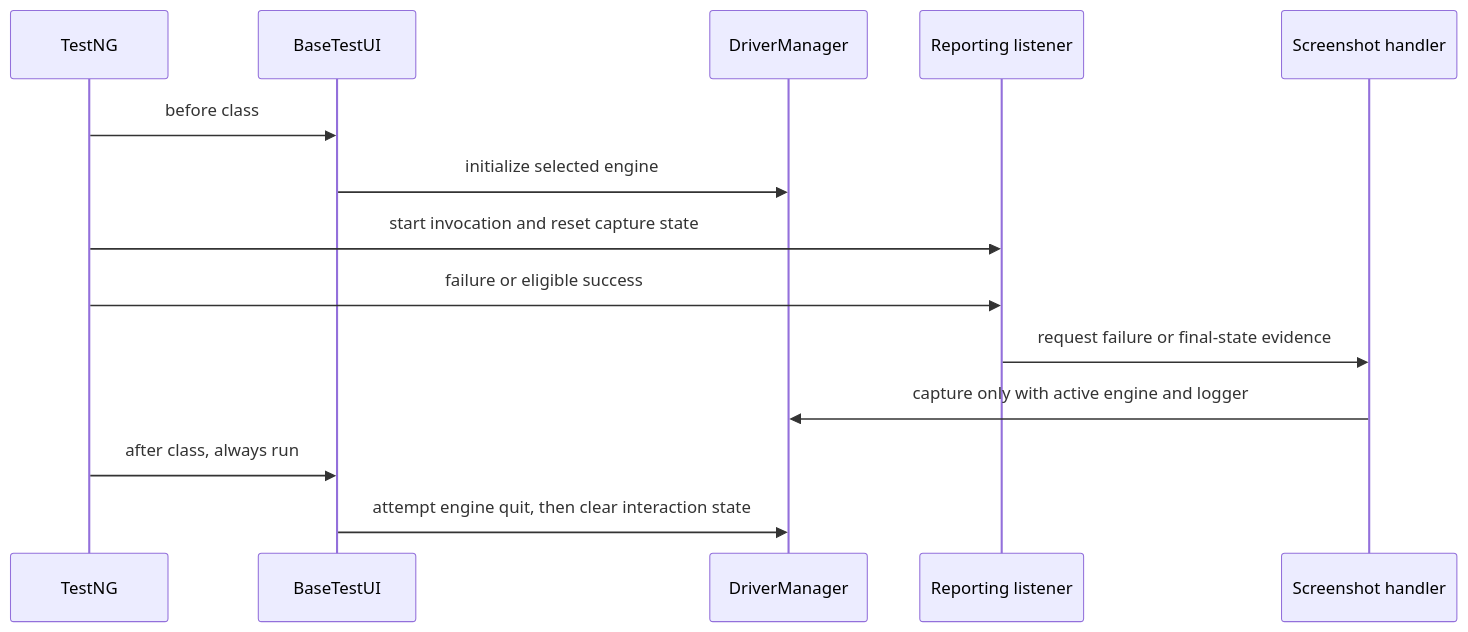
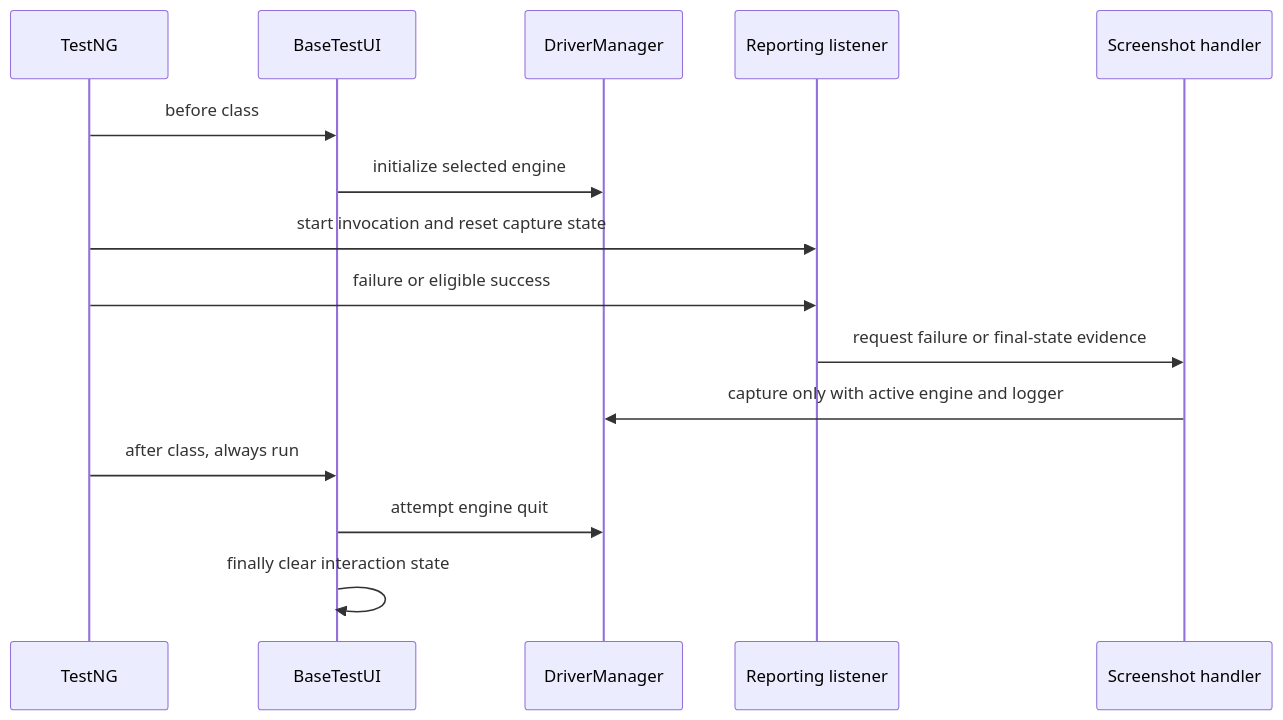
One commit to crististefanita/ATF_AI changed the fifth of 7 diagrams in docs/Living_Architecture_UI_API_doc_v1_0.md. Above: the diagram before and after it, drawn with Mermaid. The commit also changed other lines of this file and 23 other files, not shown here.

````diff
--- a/docs/Living_Architecture_UI_API_doc_v1_0.md
+++ b/docs/Living_Architecture_UI_API_doc_v1_0.md
@@ -446,16 +460,17 @@
 ```mermaid
 sequenceDiagram
     participant TestNG
     participant Base as BaseTestUI
     participant Driver as DriverManager
     participant Listener as Reporting listener
     participant Capture as Screenshot handler
     TestNG->>Base: before class
     Base->>Driver: initialize selected engine
     TestNG->>Listener: start invocation and reset capture state
     TestNG->>Listener: failure or eligible success
     Listener->>Capture: request failure or final-state evidence
     Capture->>Driver: capture only with active engine and logger
     TestNG->>Base: after class, always run
-    Base->>Driver: attempt engine quit, then clear interaction state
+    Base->>Driver: attempt engine quit
+    Base->>Base: finally clear interaction state
 ```
````
